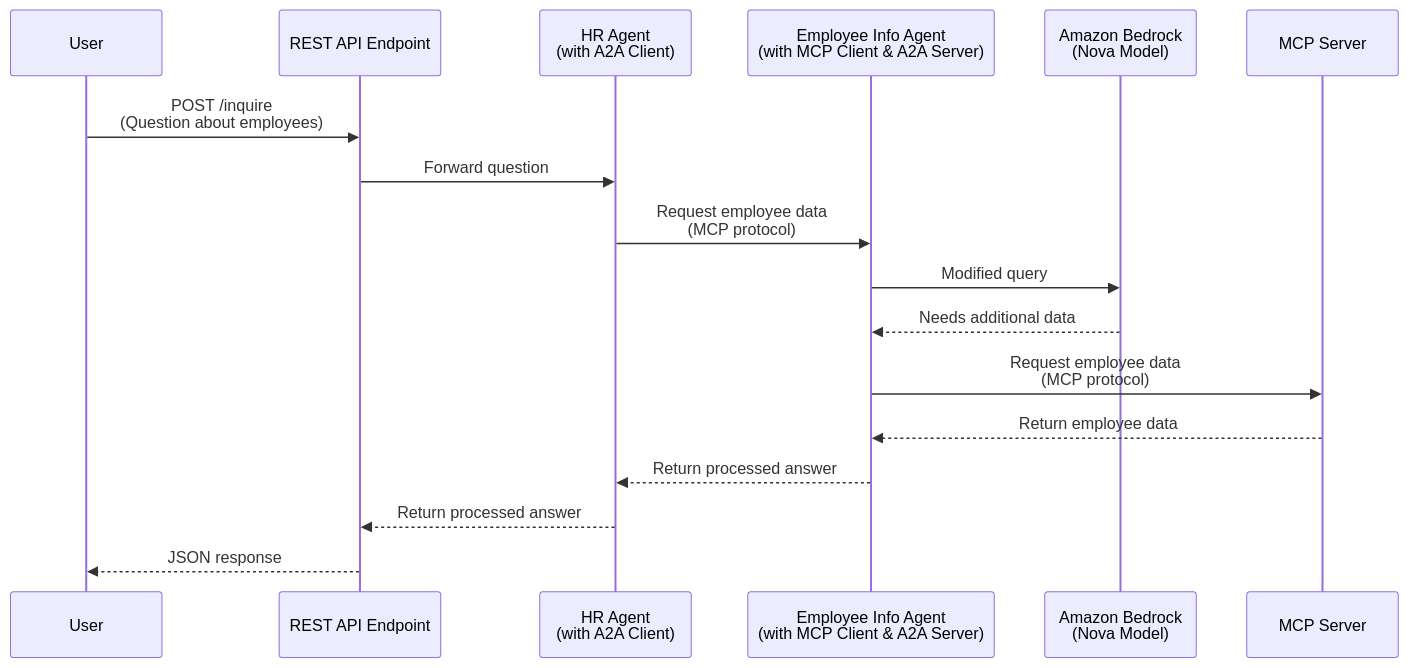
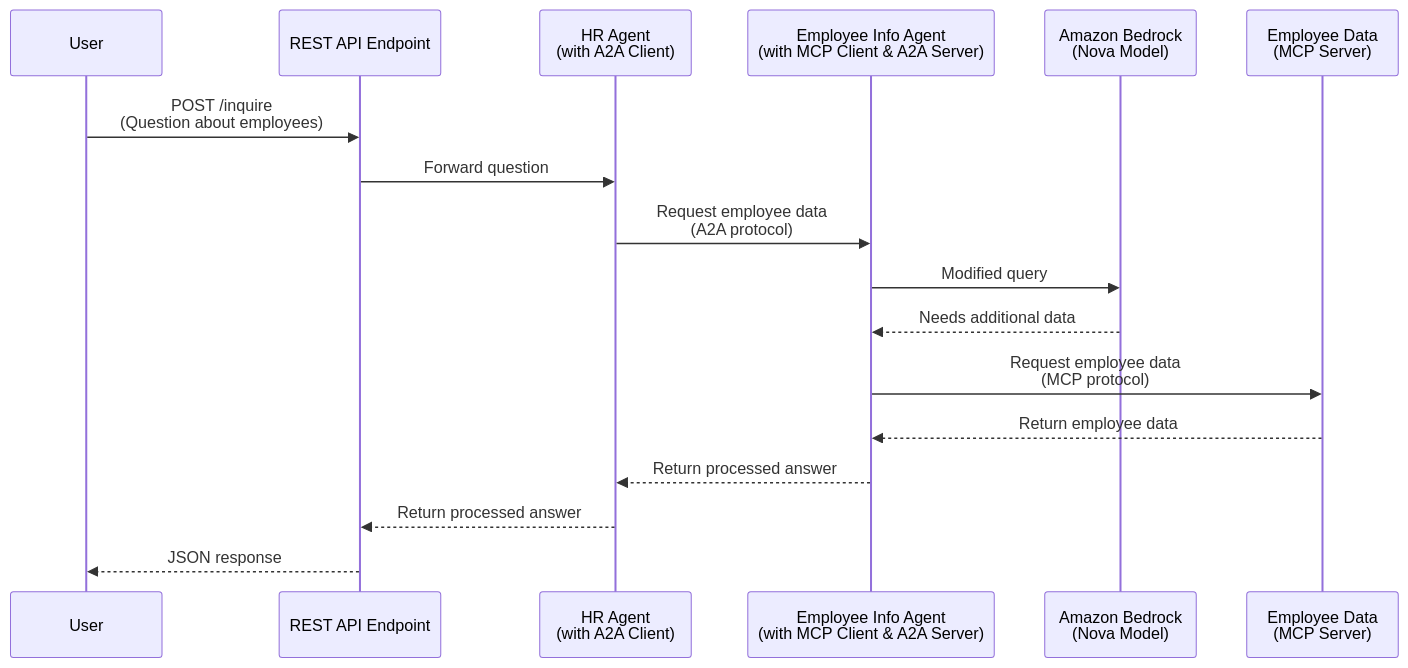
Before and after one commit to jamesward/Sample-Model-Context-Protocol-Demos: the diagram in modules/strands-a2a-inter-agent/README.md, drawn with Mermaid.

````diff
--- a/modules/strands-a2a-inter-agent/README.md
+++ b/modules/strands-a2a-inter-agent/README.md
@@ -4,22 +4,22 @@
 ```mermaid
 sequenceDiagram
     participant User
     participant REST as REST API Endpoint
     participant Agent1 as HR Agent<br/>(with A2A Client)
     participant Agent2 as Employee Info Agent<br/>(with MCP Client & A2A Server)
     participant Bedrock as Amazon Bedrock<br/>(Nova Model)
-    participant MCP_Server as MCP Server
+    participant MCP_Server as Employee Data<br/>(MCP Server)
 
     User->>REST: POST /inquire<br/>(Question about employees)
     REST->>Agent1: Forward question
 
-    Agent1->>Agent2: Request employee data<br/>(MCP protocol)
+    Agent1->>Agent2: Request employee data<br/>(A2A protocol)
     Agent2->>Bedrock: Modified query
     Bedrock-->>Agent2: Needs additional data
     Agent2->>MCP_Server: Request employee data<br/>(MCP protocol)
     MCP_Server-->>Agent2: Return employee data
     Agent2-->>Agent1: Return processed answer
 
     Agent1-->>REST: Return processed answer
     REST-->>User: JSON response
 ```
````
